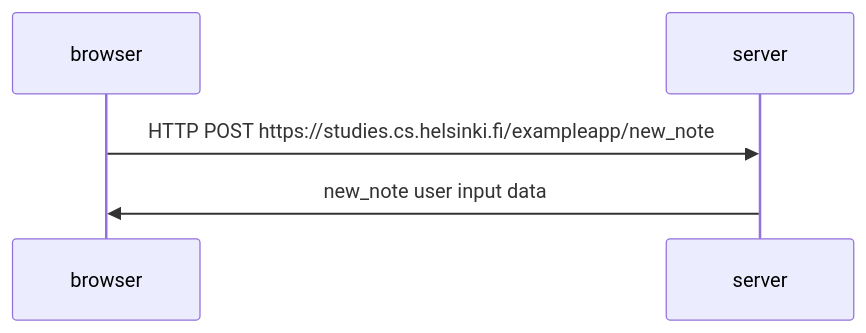
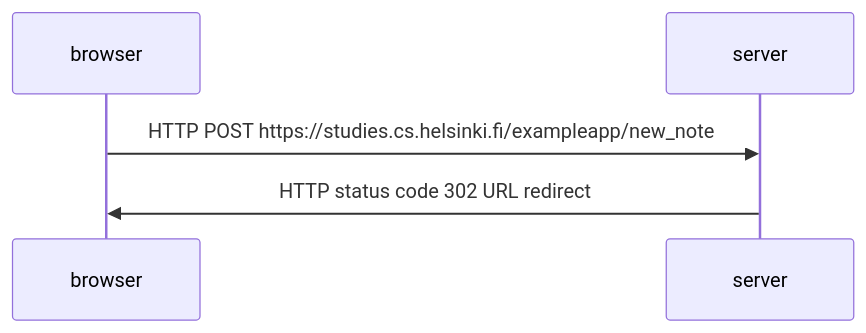
One commit to andreiwebdev/part0 changed the first of 2 diagrams in README.MD. Above: the diagram before and after it, drawn with Mermaid.

Commit message:
0.4 New note diagram

````diff
--- a/README.MD
+++ b/README.MD
@@ -3,7 +3,7 @@
 ```mermaid
 sequenceDiagram
     participant browser
     participant server
     browser->>server: HTTP POST https://studies.cs.helsinki.fi/exampleapp/new_note
-    server->>browser: new_note user input data
+    server->>browser: HTTP status code 302 URL redirect
 ```
````
